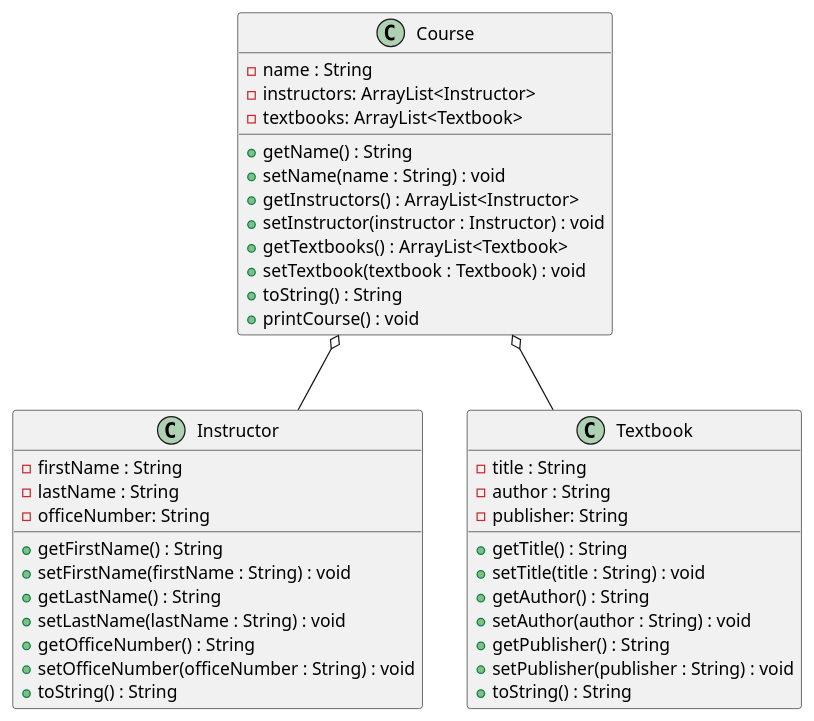
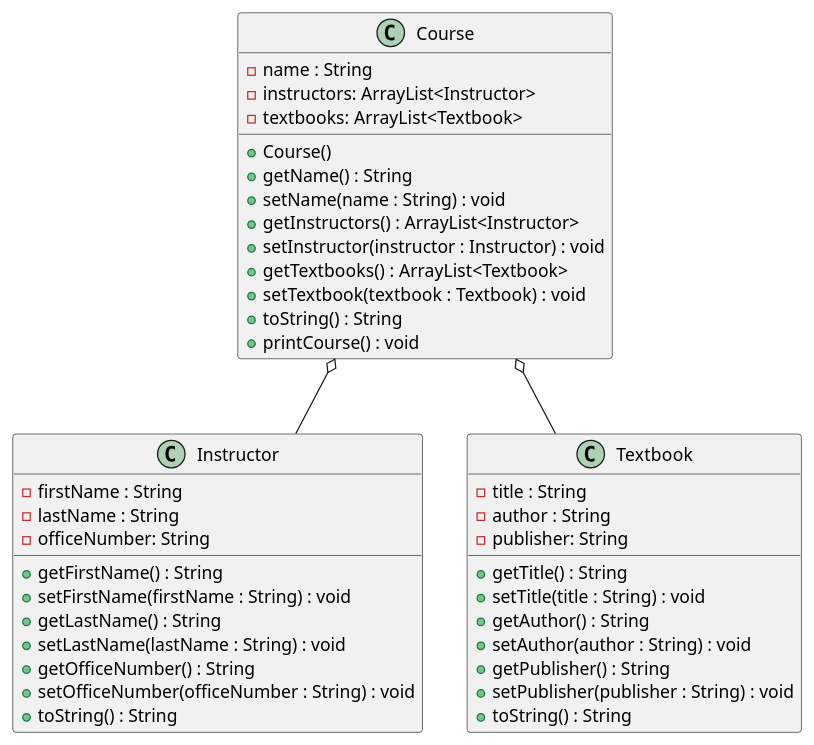
The diagram in CS5800_HW2/Q1_Aggregation.puml (BrandonTDiep/CS5800_HW), drawn with PlantUML before and after one commit. The commit also changed 4 other files, not shown here.

```diff
--- a/CS5800_HW2/Q1_Aggregation.puml
+++ b/CS5800_HW2/Q1_Aggregation.puml
@@ -1,55 +1,56 @@
 @startuml
 'https://plantuml.com/class-diagram
 
 class Course
 class Instructor
 class Textbook
 
 Course o-- Instructor
 Course o-- Textbook
 
 class Course {
    -name : String
    -instructors: ArrayList<Instructor>
    -textbooks: ArrayList<Textbook>
 
+   +Course()
    +getName() : String
    +setName(name : String) : void
    +getInstructors() : ArrayList<Instructor>
    +setInstructor(instructor : Instructor) : void
    +getTextbooks() : ArrayList<Textbook>
    +setTextbook(textbook : Textbook) : void
    +toString() : String
    +printCourse() : void
 }
 
 class Instructor {
  -firstName : String
  -lastName : String
  -officeNumber: String
 
  +getFirstName() : String
  +setFirstName(firstName : String) : void
  +getLastName() : String
  +setLastName(lastName : String) : void
  +getOfficeNumber() : String
  +setOfficeNumber(officeNumber : String) : void
  +toString() : String
 }
 
 class Textbook {
  -title : String
  -author : String
  -publisher: String
 
  +getTitle() : String
  +setTitle(title : String) : void
  +getAuthor() : String
  +setAuthor(author : String) : void
  +getPublisher() : String
  +setPublisher(publisher : String) : void
  +toString() : String
 }
 
 
 @enduml
```
